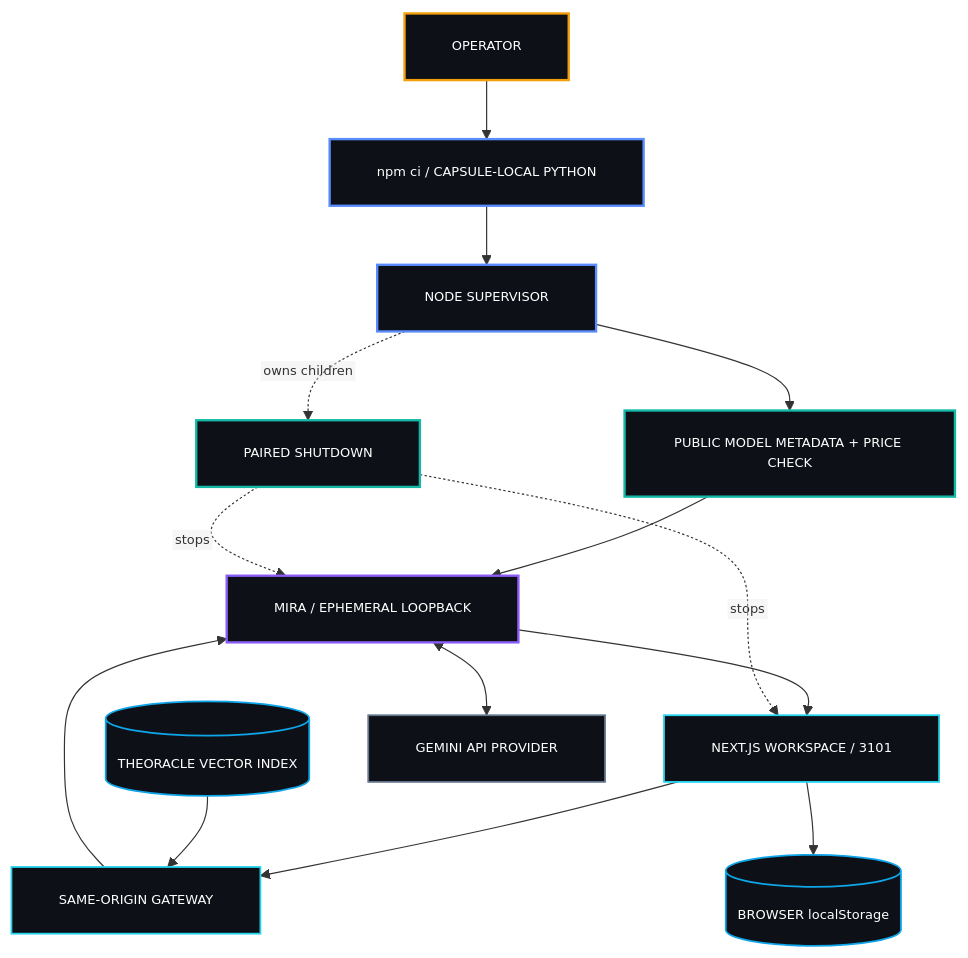
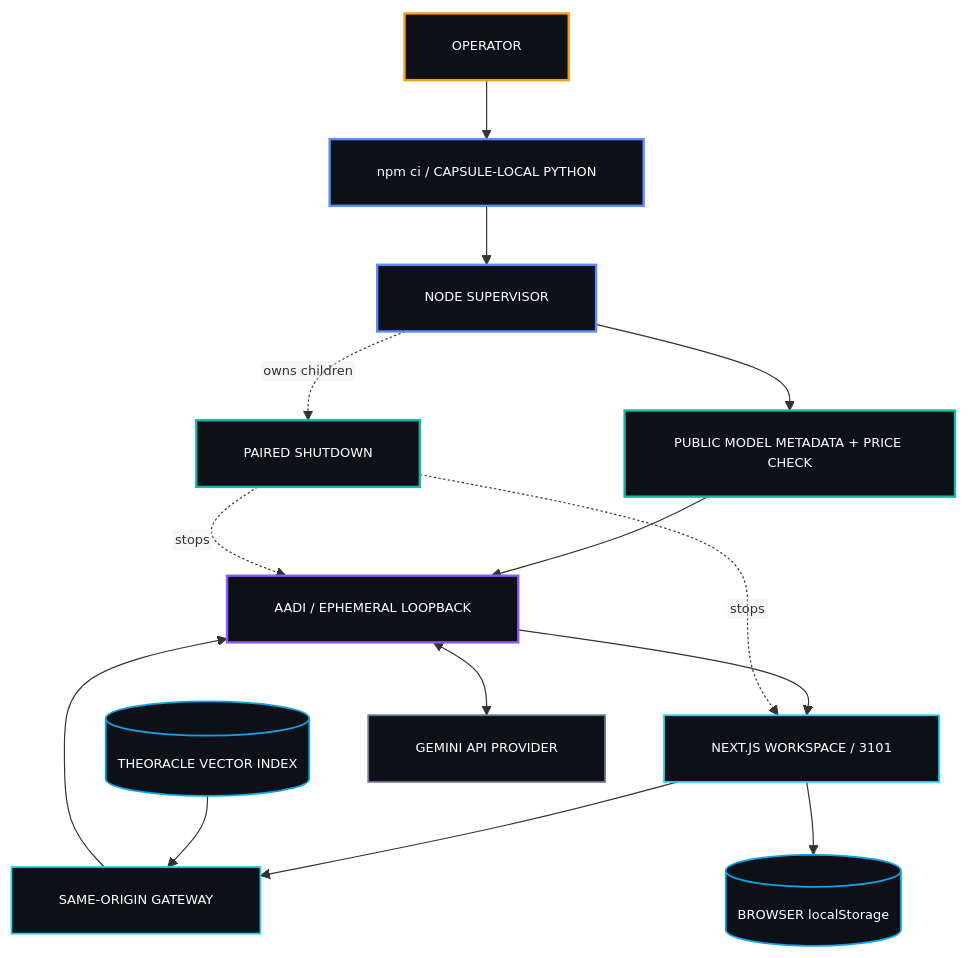
The second of 4 diagrams in projects/healthcare/sentrapedia/README.md (drferdi/Monorepo-safrs), drawn with Mermaid before and after one commit. The commit also changed other lines of this file and 287 other files, not shown here.

First line of the commit message:
wip: rename MIRA to AADI; doctor-flow composer (checkpoint)

````diff
--- a/projects/healthcare/sentrapedia/README.md
+++ b/projects/healthcare/sentrapedia/README.md
@@ -216,40 +216,40 @@
 ```mermaid
 %%{init: {"flowchart": {"htmlLabels": false, "padding": 20}, "themeVariables": {"fontFamily": "monospace", "fontSize": "11px"}}}%%
 flowchart TB
   OP["OPERATOR"]
   INSTALL["npm ci / CAPSULE-LOCAL PYTHON"]
   SUP["NODE SUPERVISOR"]
   PREFLIGHT["PUBLIC MODEL METADATA + PRICE CHECK"]
-  ENGINE["MIRA / EPHEMERAL LOOPBACK"]
+  ENGINE["AADI / EPHEMERAL LOOPBACK"]
   WEB["NEXT.JS WORKSPACE / 3101"]
   API["SAME-ORIGIN GATEWAY"]
   SQL[("THEORACLE VECTOR INDEX")]
   BROWSER[("BROWSER localStorage")]
   CLOUD["GEMINI API PROVIDER"]
   STOP["PAIRED SHUTDOWN"]
 
   OP --> INSTALL --> SUP --> PREFLIGHT --> ENGINE
   ENGINE --> WEB --> API
   SQL --> API
   WEB --> BROWSER
   API --> ENGINE
   ENGINE <--> CLOUD
   SUP -. owns children .-> STOP
   STOP -. stops .-> ENGINE
   STOP -. stops .-> WEB
 
   classDef authority fill:#0D1117,stroke:#F59E0B,color:#FFFFFF,stroke-width:2px;
   classDef core fill:#0D1117,stroke:#5B8CFF,color:#FFFFFF,stroke-width:2px;
   classDef surface fill:#0D1117,stroke:#22D3EE,color:#FFFFFF,stroke-width:1.5px;
   classDef agent fill:#0D1117,stroke:#8B5CF6,color:#FFFFFF,stroke-width:2px;
   classDef control fill:#0D1117,stroke:#14B8A6,color:#FFFFFF,stroke-width:2px;
   classDef data fill:#0D1117,stroke:#0EA5E9,color:#FFFFFF,stroke-width:1.5px;
   classDef shared fill:#0D1117,stroke:#64748B,color:#FFFFFF,stroke-width:1.5px;
   class OP authority;
   class INSTALL,SUP core;
   class PREFLIGHT,STOP control;
   class ENGINE agent;
   class WEB,API surface;
   class SQL,BROWSER data;
   class CLOUD shared;
 ```
````
